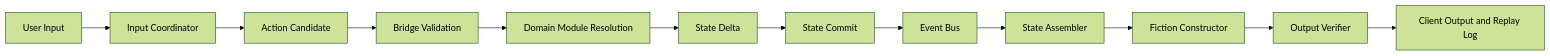
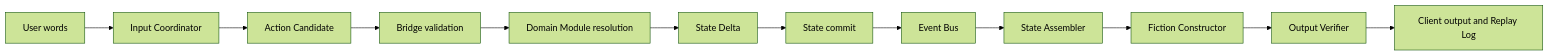
The diagram in 15_Engine_Execution_Spine/WP_01B_Engine_Execution_Spine.md (robert-kurcina/vault-age), drawn with Mermaid (forest theme) before and after one commit. The commit also changed other lines of this file and 21 other files, not shown here.

````diff
--- a/15_Engine_Execution_Spine/WP_01B_Engine_Execution_Spine.md
+++ b/15_Engine_Execution_Spine/WP_01B_Engine_Execution_Spine.md
@@ -23,14 +13,14 @@
 ```mermaid
 flowchart LR
-    A[User Input] --> B[Input Coordinator]
+    A[User words] --> B[Input Coordinator]
     B --> C[Action Candidate]
-    C --> D[Bridge Validation]
-    D --> E[Domain Module Resolution]
+    C --> D[Bridge validation]
+    D --> E[Domain Module resolution]
     E --> F[State Delta]
-    F --> G[State Commit]
+    F --> G[State commit]
     G --> H[Event Bus]
     H --> I[State Assembler]
     I --> J[Fiction Constructor]
     J --> K[Output Verifier]
-    K --> L[Client Output and Replay Log]
+    K --> L[Client output and Replay Log]
 ```
````
